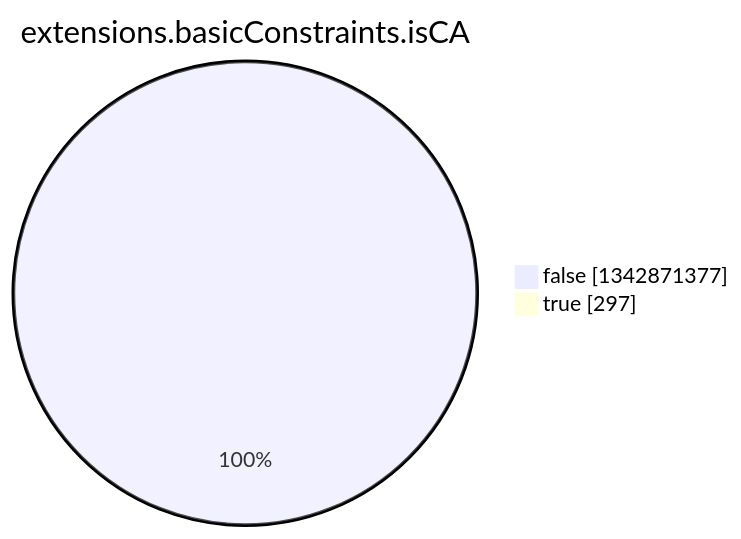
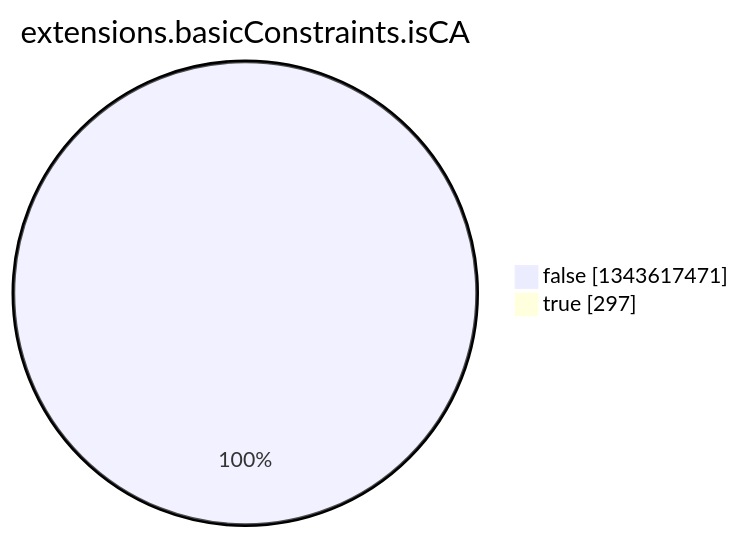
One commit to christiankrug/ctmonitor_visualization changed the eighth of 15 diagrams in argon2022/README.md. Above: the diagram before and after it, drawn with Mermaid. The commit also changed other lines of this file, not shown here.

````diff
--- a/argon2022/README.md
+++ b/argon2022/README.md
@@ -2758,6 +2758,6 @@
 ```mermaid
 pie showData
 title extensions.basicConstraints.isCA
-"false" :1342871377
+"false" :1343617471
 "true" :297
 ```
````
